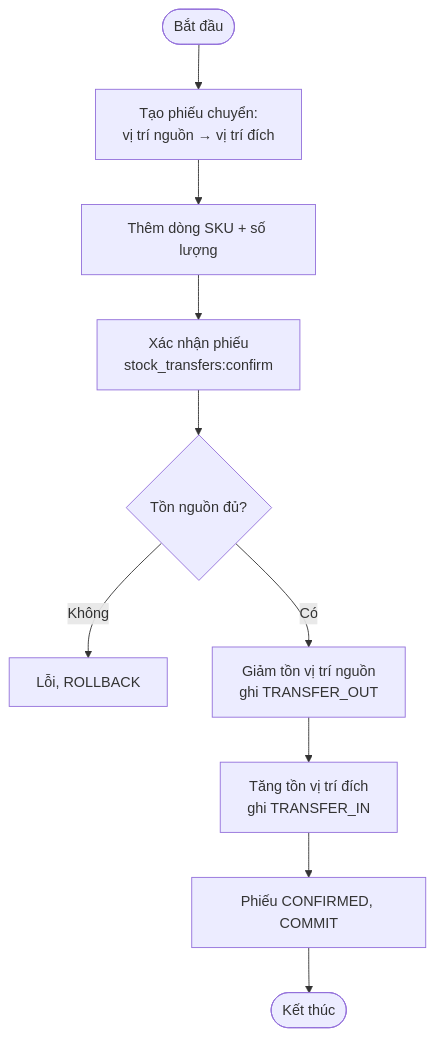
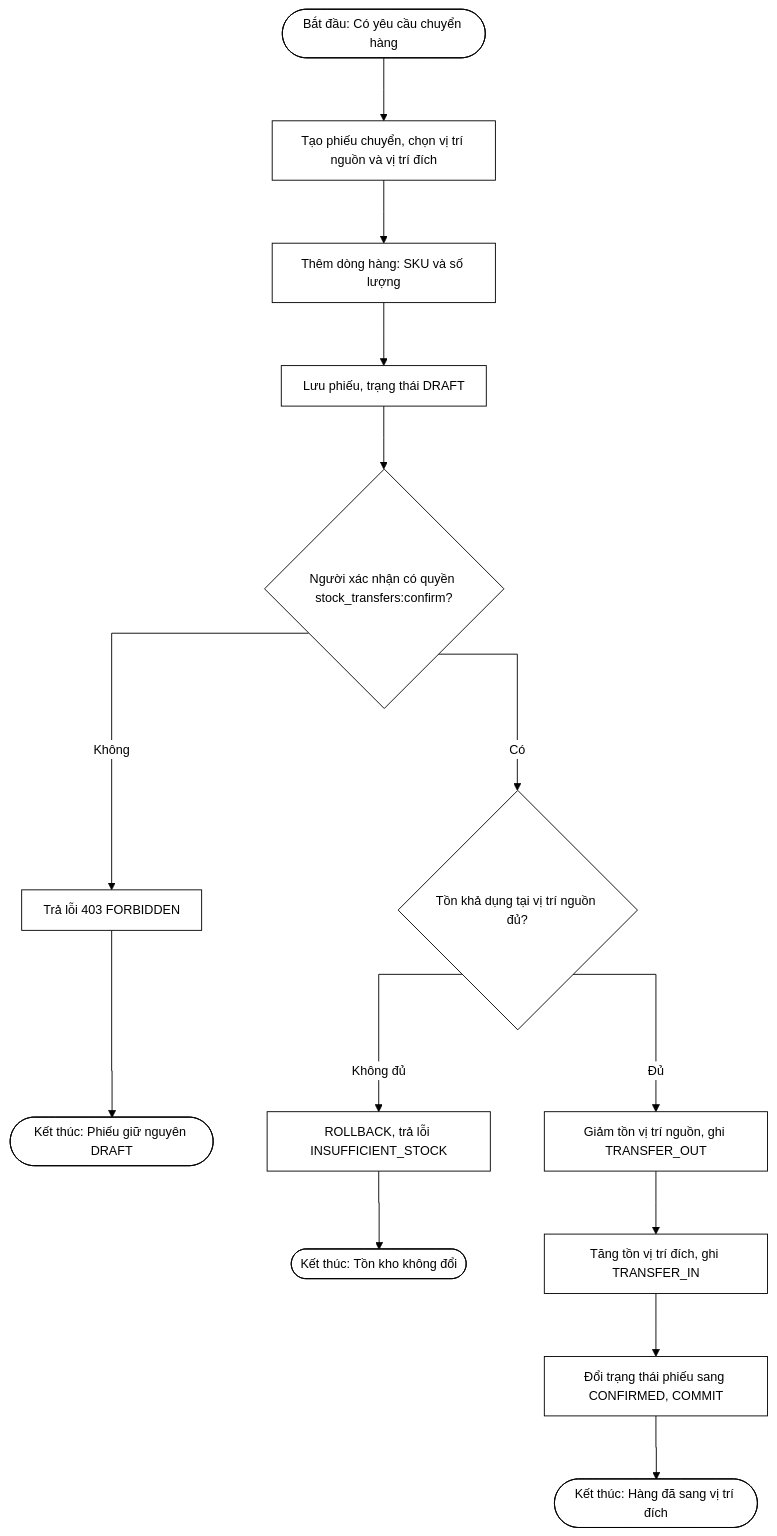
One commit to nguyenthihongnhu-dotcom/luanvan2026 changed the fourth of 54 diagrams in THIET_KE_HE_THONG.md. Above: the diagram before and after it, drawn with Mermaid. The commit also changed other lines of this file and 170 other files, not shown here.

````diff
--- a/THIET_KE_HE_THONG.md
+++ b/THIET_KE_HE_THONG.md
@@ -99,12 +182,39 @@
 ```mermaid
+%%{init: {
+  'theme': 'base',
+  'themeVariables': {
+    'primaryColor': '#ffffff',
+    'primaryBorderColor': '#000000',
+    'primaryTextColor': '#000000',
+    'secondaryColor': '#ffffff',
+    'secondaryBorderColor': '#000000',
+    'secondaryTextColor': '#000000',
+    'tertiaryColor': '#ffffff',
+    'tertiaryBorderColor': '#000000',
+    'tertiaryTextColor': '#000000',
+    'lineColor': '#000000',
+    'textColor': '#000000',
+    'mainBkg': '#ffffff',
+    'nodeBorder': '#000000',
+    'clusterBkg': '#ffffff',
+    'clusterBorder': '#000000',
+    'edgeLabelBackground': '#ffffff',
+    'fontSize': '14px'
+  },
+  'flowchart': { 'curve': 'stepAfter', 'nodeSpacing': 60, 'rankSpacing': 70, 'padding': 12, 'useMaxWidth': false }
+}}%%
 flowchart TD
-    Start([Bắt đầu]) --> S1[Tạo phiếu chuyển:<br/>vị trí nguồn → vị trí đích]
-    S1 --> S2[Thêm dòng SKU + số lượng]
-    S2 --> S3[Xác nhận phiếu<br/>stock_transfers:confirm]
-    S3 --> S4{Tồn nguồn đủ?}
-    S4 -- Không --> S5[Lỗi, ROLLBACK]
-    S4 -- Có --> S6[Giảm tồn vị trí nguồn<br/>ghi TRANSFER_OUT]
-    S6 --> S7[Tăng tồn vị trí đích<br/>ghi TRANSFER_IN]
-    S7 --> S8[Phiếu CONFIRMED, COMMIT]
-    S8 --> End([Kết thúc])
+    Start(["Bắt đầu: Có yêu cầu chuyển hàng"]) --> S1["Tạo phiếu chuyển, chọn vị trí nguồn và vị trí đích"]
+    S1 --> S2["Thêm dòng hàng: SKU và số lượng"]
+    S2 --> S3["Lưu phiếu, trạng thái DRAFT"]
+    S3 --> S4{"Người xác nhận có quyền stock_transfers:confirm?"}
+    S4 -->|Không| S5["Trả lỗi 403 FORBIDDEN"]
+    S5 --> End1(["Kết thúc: Phiếu giữ nguyên DRAFT"])
+    S4 -->|Có| S6{"Tồn khả dụng tại vị trí nguồn đủ?"}
+    S6 -->|Không đủ| S7["ROLLBACK, trả lỗi INSUFFICIENT_STOCK"]
+    S7 --> End2(["Kết thúc: Tồn kho không đổi"])
+    S6 -->|Đủ| S8["Giảm tồn vị trí nguồn, ghi TRANSFER_OUT"]
+    S8 --> S9["Tăng tồn vị trí đích, ghi TRANSFER_IN"]
+    S9 --> S10["Đổi trạng thái phiếu sang CONFIRMED, COMMIT"]
+    S10 --> End3(["Kết thúc: Hàng đã sang vị trí đích"])
 ```
````
